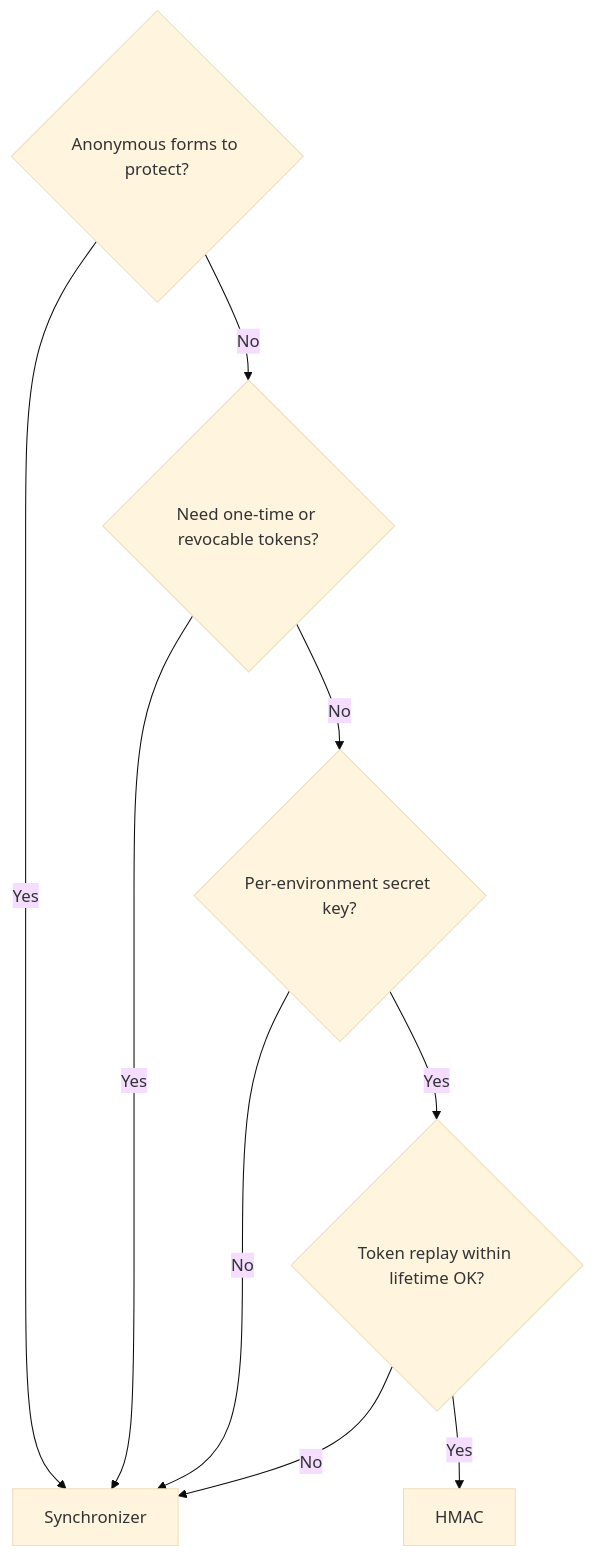
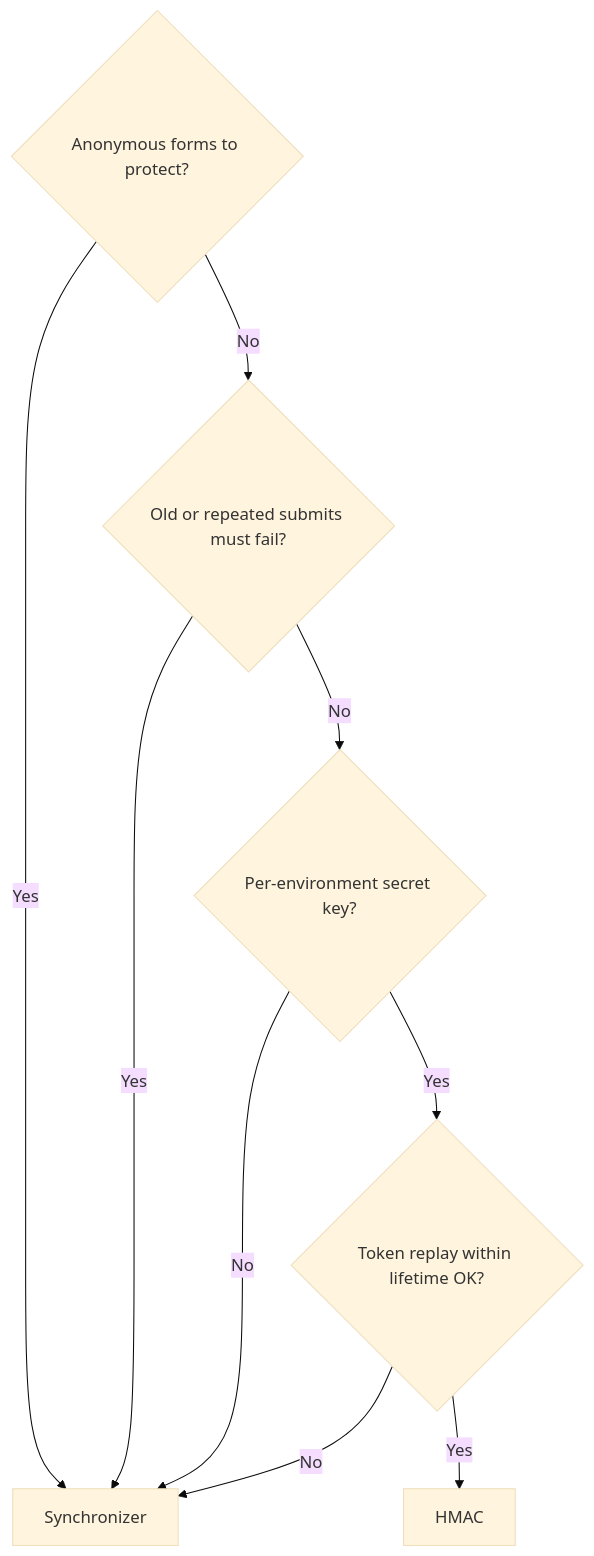
One commit to yiisoft/csrf changed the diagram in README.md. Above: the diagram before and after it, drawn with Mermaid (base theme). The commit also changed other lines of this file, not shown here.

````diff
--- a/README.md
+++ b/README.md
@@ -150,12 +150,12 @@
 ```mermaid
 flowchart TD
     A{Anonymous forms to protect?}
     A -- Yes --> S[Synchronizer]
-    A -- No --> B{Need one-time or revocable tokens?}
+    A -- No --> B{Old or repeated submits must fail?}
     B -- Yes --> S
     B -- No --> C{Per-environment secret key?}
     C -- No --> S
     C -- Yes --> D{Token replay within lifetime OK?}
     D -- No --> S
     D -- Yes --> H[HMAC]
 ```
````
